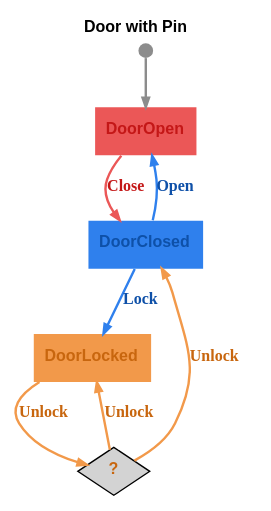
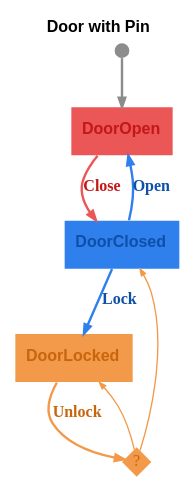
One commit to m-bock/purescript-transit changed the diagram in graphs/door-with-pin.dot. Above: the diagram before and after it, drawn with Graphviz. The commit also changed 18 other files, not shown here.

Commit message:
Refactor state graph and transition table generation to utilize TransitCore_ directly. Update related examples and tests to ensure consistency in state management and visualization across DOT and HTML outputs.

```diff
--- a/graphs/door-with-pin.dot
+++ b/graphs/door-with-pin.dot
@@ -1,16 +1,16 @@
 digraph 
 {
 rankdir = "TD";fontname = "Arial";label = <<b>Door with Pin</b>>;labelloc = "t";fontsize = 12
 DoorOpen [shape = "box", label = <<b>DoorOpen</b>>, fontsize = 12, style = "filled", fillcolor = "#eb5757", fontcolor = "#c41717", fontname = "Arial", labelloc = "c", penwidth = 0.0]
 __Start__ [shape = "circle", label = "", width = 0.15, height = 0.15, fixedsize = true, style = "filled", fillcolor = "#8c8c8c", penwidth = 0.0]
 __Start__ -> DoorOpen [color = "#8c8c8c", fontsize = 12, arrowsize = "0.7", penwidth = 1.8]
 DoorOpen -> DoorClosed [color = "#eb5757", fontcolor = "#c41717", fontsize = 12, arrowsize = "0.7", label = <<b>Close</b>>, penwidth = 1.8]
 DoorClosed [shape = "box", label = <<b>DoorClosed</b>>, fontsize = 12, style = "filled", fillcolor = "#2f80ed", fontcolor = "#0e50a8", fontname = "Arial", labelloc = "c", penwidth = 0.0]
 DoorClosed -> DoorLocked [color = "#2f80ed", fontcolor = "#0e50a8", fontsize = 12, arrowsize = "0.7", label = <<b>Lock</b>>, penwidth = 1.8]
 DoorClosed -> DoorOpen [color = "#2f80ed", fontcolor = "#0e50a8", fontsize = 12, arrowsize = "0.7", label = <<b>Open</b>>, penwidth = 1.8]
 DoorLocked [shape = "box", label = <<b>DoorLocked</b>>, fontsize = 12, style = "filled", fillcolor = "#f2994a", fontcolor = "#c8660e", fontname = "Arial", labelloc = "c", penwidth = 0.0]
-decision_DoorLocked_Unlock [shape = "diamond", label = <<b>?</b>>, fontsize = 12, style = "filled", fontcolor = "#c8660e", fontname = "Arial"]
+decision_DoorLocked_Unlock [shape = "diamond", label = "?", fontsize = 12, fontcolor = "#c8660e", style = "filled", fillcolor = "#f2994a", penwidth = 0.0, fixedsize = true, width = 0.3, height = 0.3]
 DoorLocked -> decision_DoorLocked_Unlock [color = "#f2994a", fontcolor = "#c8660e", fontsize = 12, arrowsize = "0.7", label = <<b>Unlock</b>>, penwidth = 1.8]
-decision_DoorLocked_Unlock -> DoorClosed [color = "#f2994a", fontcolor = "#c8660e", fontsize = 12, arrowsize = "0.7", label = <<b>Unlock</b>>, penwidth = 1.8]
-decision_DoorLocked_Unlock -> DoorLocked [color = "#f2994a", fontcolor = "#c8660e", fontsize = 12, arrowsize = "0.7", label = <<b>Unlock</b>>, penwidth = 1.8]
+decision_DoorLocked_Unlock -> DoorClosed [color = "#f2994a", fontcolor = "#c8660e", fontsize = 10, arrowsize = "0.5", penwidth = 1.8, penwidth = 1.0]
+decision_DoorLocked_Unlock -> DoorLocked [color = "#f2994a", fontcolor = "#c8660e", fontsize = 10, arrowsize = "0.5", penwidth = 1.8, penwidth = 1.0]
 }
```
